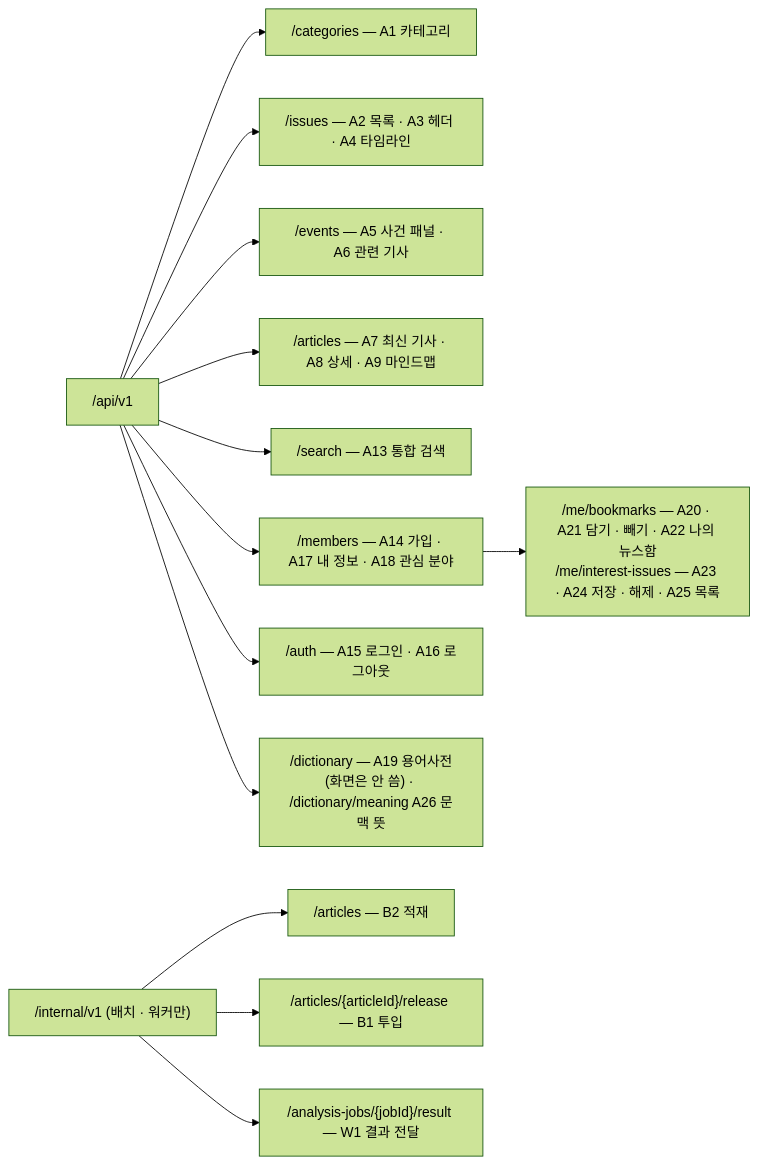
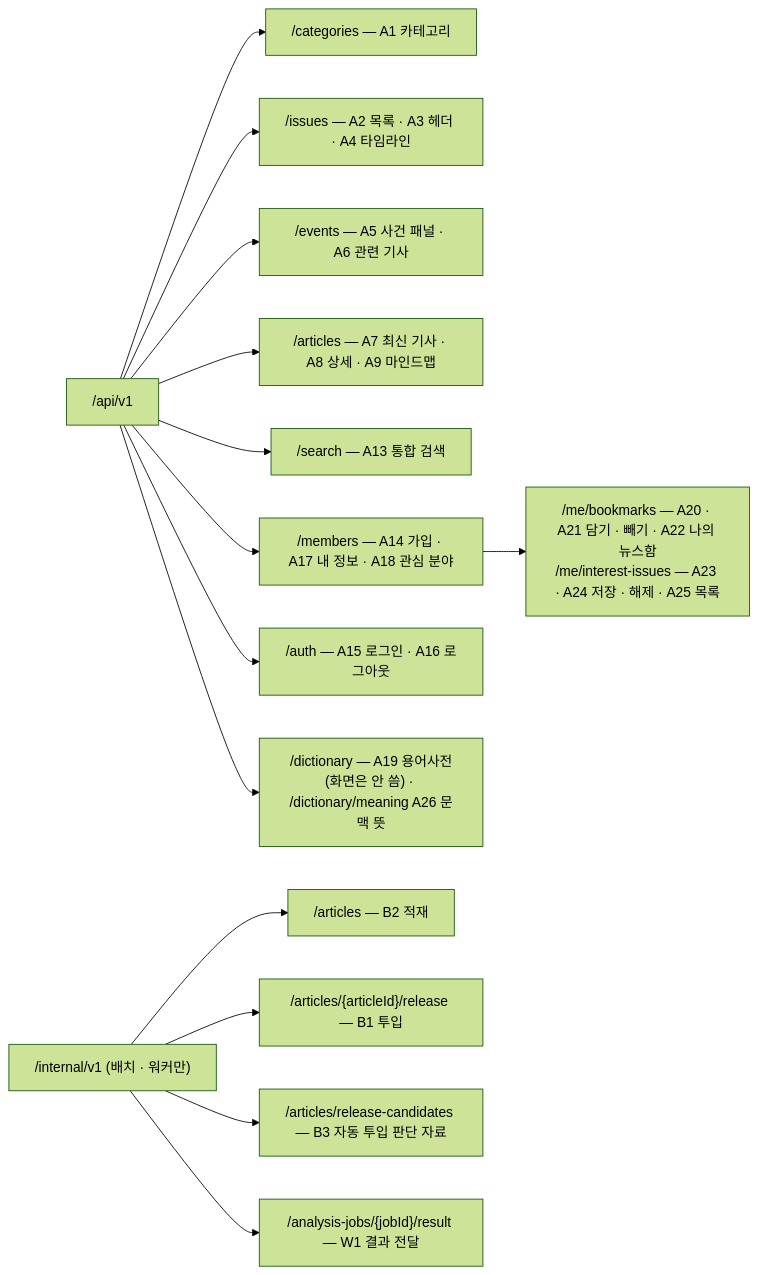
One commit to a102-NEWLEARN/NEW-LEARN changed the third of 5 diagrams in docs/api.md. Above: the diagram before and after it, drawn with Mermaid (forest theme). The commit also changed other lines of this file and 6 other files, not shown here.

````diff
--- a/docs/api.md
+++ b/docs/api.md
@@ -172,15 +172,16 @@
 ```mermaid
 flowchart LR
   R["/api/v1"] --> C["/categories — A1 카테고리"]
   R --> I["/issues — A2 목록 · A3 헤더 · A4 타임라인"]
   R --> E["/events — A5 사건 패널 · A6 관련 기사"]
   R --> AR["/articles — A7 최신 기사 · A8 상세 · A9 마인드맵"]
   R --> Q["/search — A13 통합 검색"]
   R --> M["/members — A14 가입 · A17 내 정보 · A18 관심 분야"]
   M --> MS["/me/bookmarks — A20 · A21 담기 · 빼기 · A22 나의 뉴스함<br/>/me/interest-issues — A23 · A24 저장 · 해제 · A25 목록"]
   R --> AU["/auth — A15 로그인 · A16 로그아웃"]
   R --> D["/dictionary — A19 용어사전(화면은 안 씀) · /dictionary/meaning A26 문맥 뜻"]
   R2["/internal/v1 (배치 · 워커만)"] --> B2["/articles — B2 적재"]
   R2 --> B1["/articles/{articleId}/release — B1 투입"]
+  R2 --> B3["/articles/release-candidates — B3 자동 투입 판단 자료"]
   R2 --> W1["/analysis-jobs/{jobId}/result — W1 결과 전달"]
 ```
````
